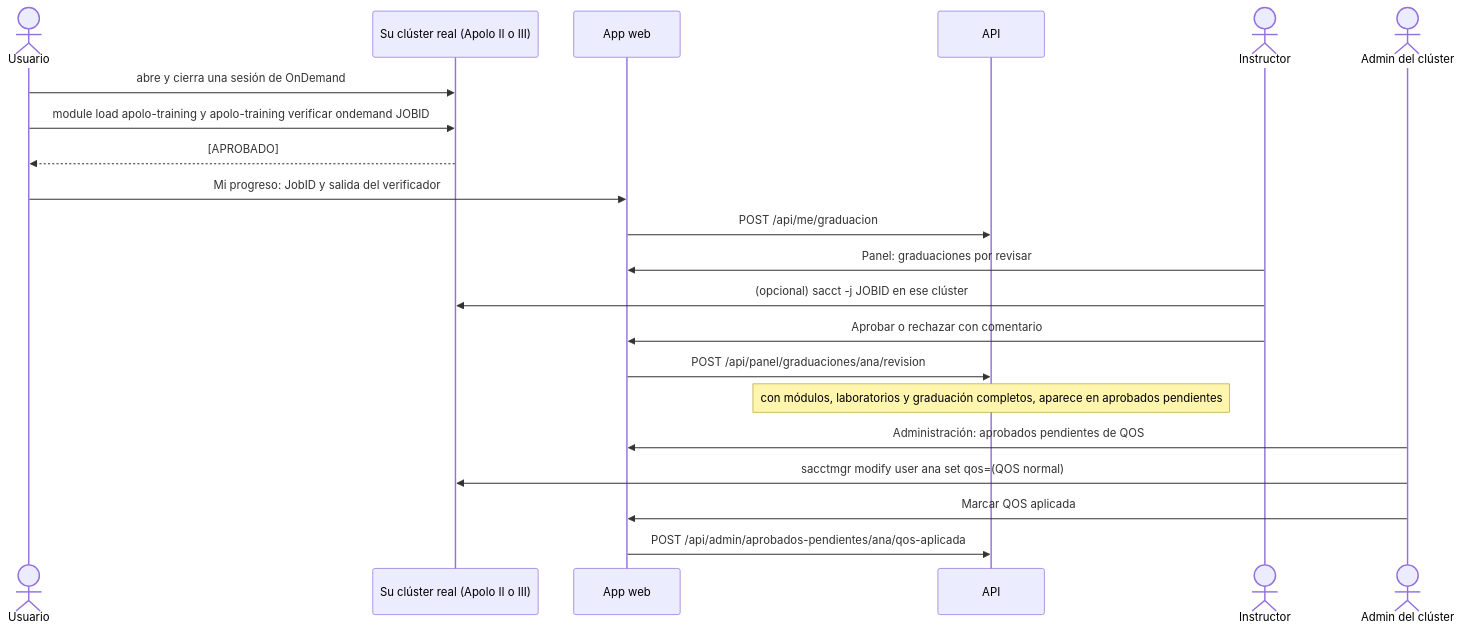
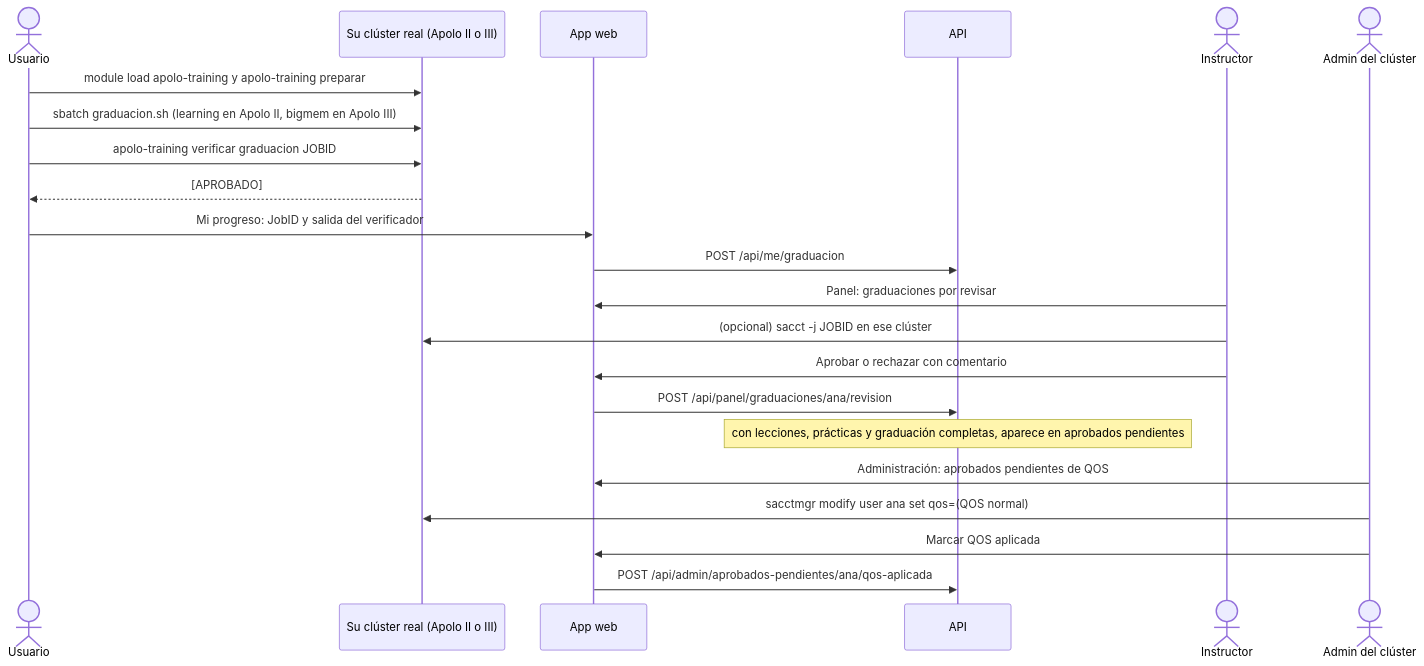
The fifth of 6 diagrams in docs/diseno/flujos.md (eafit-apolo/apolo-training), drawn with Mermaid before and after one commit. The commit also changed other lines of this file and 20 other files, not shown here.

First line of the commit message:
B-07: sincronización de prácticas, graduación y Mi progreso completo (#56)

````diff
--- a/docs/diseno/flujos.md
+++ b/docs/diseno/flujos.md
@@ -232,24 +240,25 @@
 ```mermaid
 sequenceDiagram
   actor U as Usuario
   participant R as Su clúster real (Apolo II o III)
   participant W as App web
   participant API as API
   actor I as Instructor
   actor A as Admin del clúster
 
-  U->>R: abre y cierra una sesión de OnDemand
-  U->>R: module load apolo-training y apolo-training verificar ondemand JOBID
+  U->>R: module load apolo-training y apolo-training preparar
+  U->>R: sbatch graduacion.sh (learning en Apolo II, bigmem en Apolo III)
+  U->>R: apolo-training verificar graduacion JOBID
   R-->>U: [APROBADO]
   U->>W: Mi progreso: JobID y salida del verificador
   W->>API: POST /api/me/graduacion
   I->>W: Panel: graduaciones por revisar
   I->>R: (opcional) sacct -j JOBID en ese clúster
   I->>W: Aprobar o rechazar con comentario
   W->>API: POST /api/panel/graduaciones/ana/revision
-  Note over API: con módulos, laboratorios y graduación completos, aparece en aprobados pendientes
+  Note over API: con lecciones, prácticas y graduación completas, aparece en aprobados pendientes
   A->>W: Administración: aprobados pendientes de QOS
   A->>R: sacctmgr modify user ana set qos=(QOS normal)
   A->>W: Marcar QOS aplicada
   W->>API: POST /api/admin/aprobados-pendientes/ana/qos-aplicada
 ```
````
